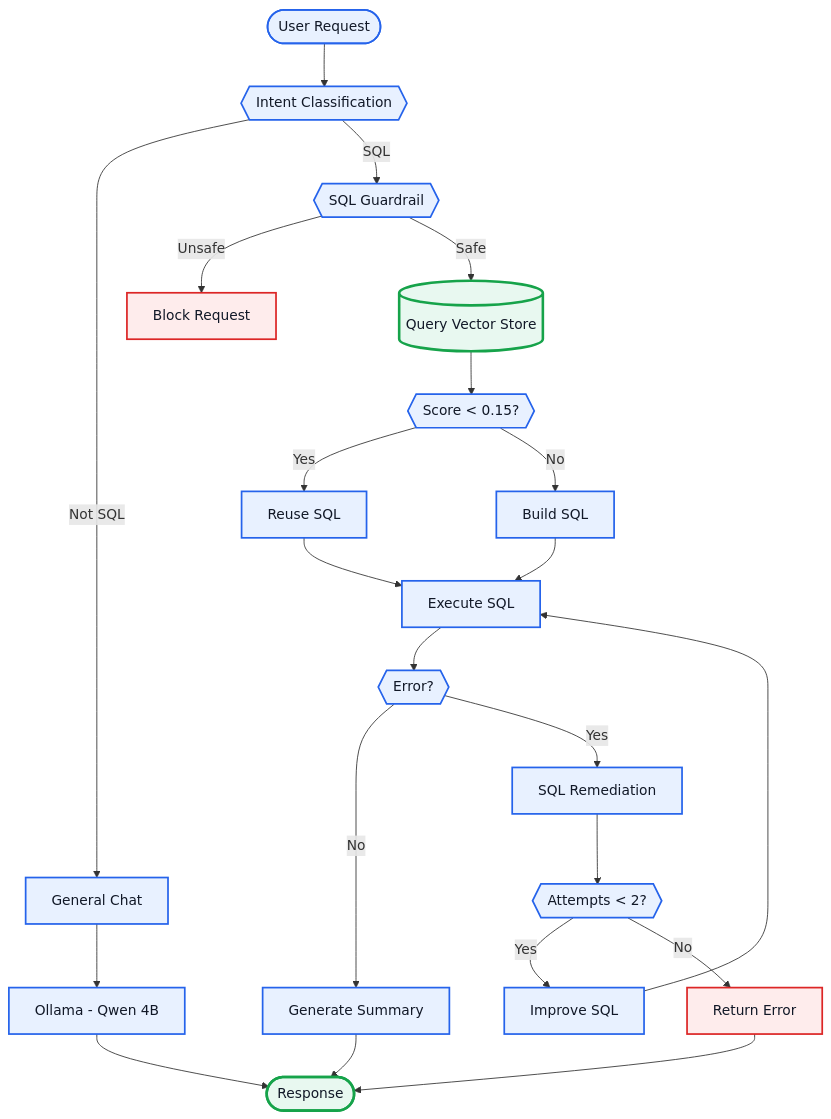
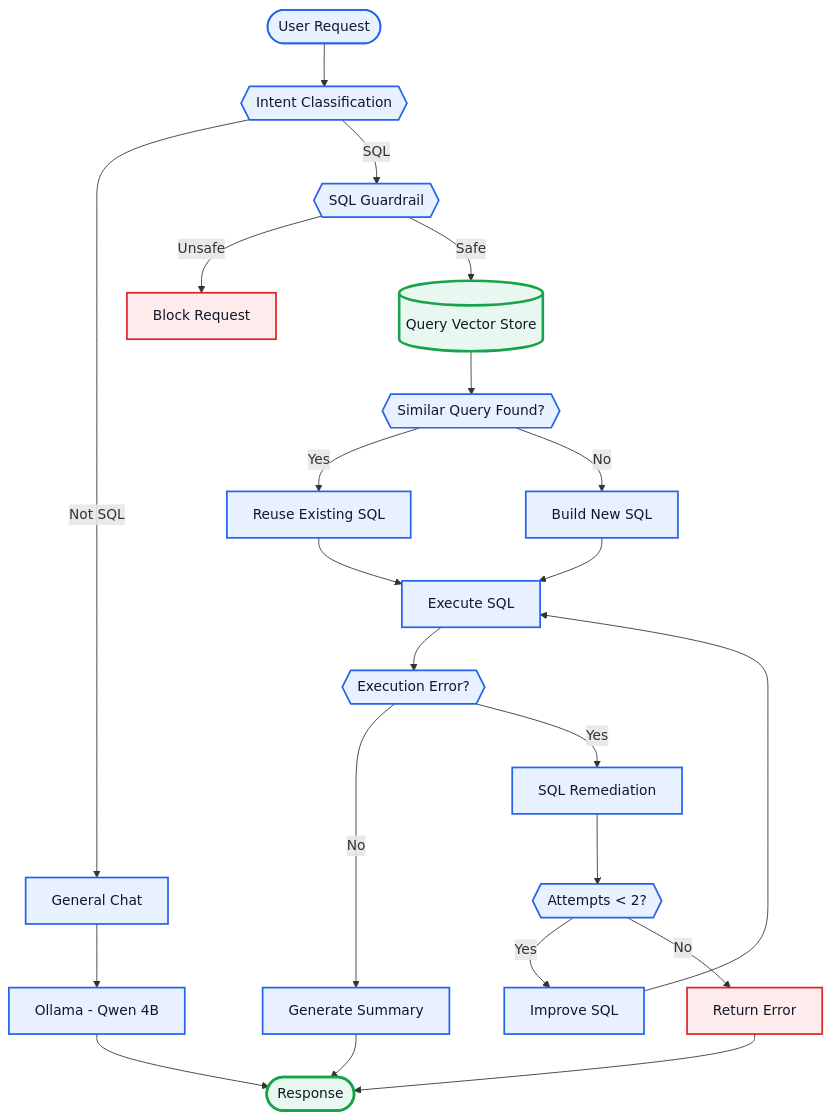
One commit to vardhanreddy2003/sql-ai-agent changed the diagram in README.md. Above: the diagram before and after it, drawn with Mermaid. The commit also changed other lines of this file, not shown here.

````diff
--- a/README.md
+++ b/README.md
@@ -22,44 +25,46 @@
 ```mermaid
 flowchart TD
 
     A([User Request]) --> B{{Intent Classification}}
 
     B -->|Not SQL| C[General Chat]
     C --> D[Ollama - Qwen 4B]
     D --> Z([Response])
 
     B -->|SQL| E{{SQL Guardrail}}
 
     E -->|Unsafe| F[Block Request]
     E -->|Safe| G[("Query Vector Store")]
 
-    G --> H{{Score < 0.15?}}
+    G --> H{{Similar Query Found?}}
 
-    H -->|Yes| I[Reuse SQL]
-    H -->|No| J[Build SQL]
+    H -->|Yes| I[Reuse Existing SQL]
+    H -->|No| J[Build New SQL]
 
     I --> K[Execute SQL]
     J --> K
 
-    K --> L{{Error?}}
+    K --> L{{Execution Error?}}
 
     L -->|No| M[Generate Summary]
     L -->|Yes| N[SQL Remediation]
 
     N --> O{{Attempts < 2?}}
+
     O -->|Yes| P[Improve SQL]
     P --> K
+
     O -->|No| R[Return Error]
 
     M --> Z
     R --> Z
 
     classDef main fill:#E8F1FF,stroke:#2563EB,color:#111827,stroke-width:2px;
     classDef vector fill:#E8F8F0,stroke:#16A34A,color:#111827,stroke-width:3px;
     classDef error fill:#FEECEC,stroke:#DC2626,color:#111827,stroke-width:2px;
 
     class A,B,C,D,E,H,I,J,K,L,M,N,O,P main;
     class G vector;
     class F,R error;
     class Z vector;
 ```
````
